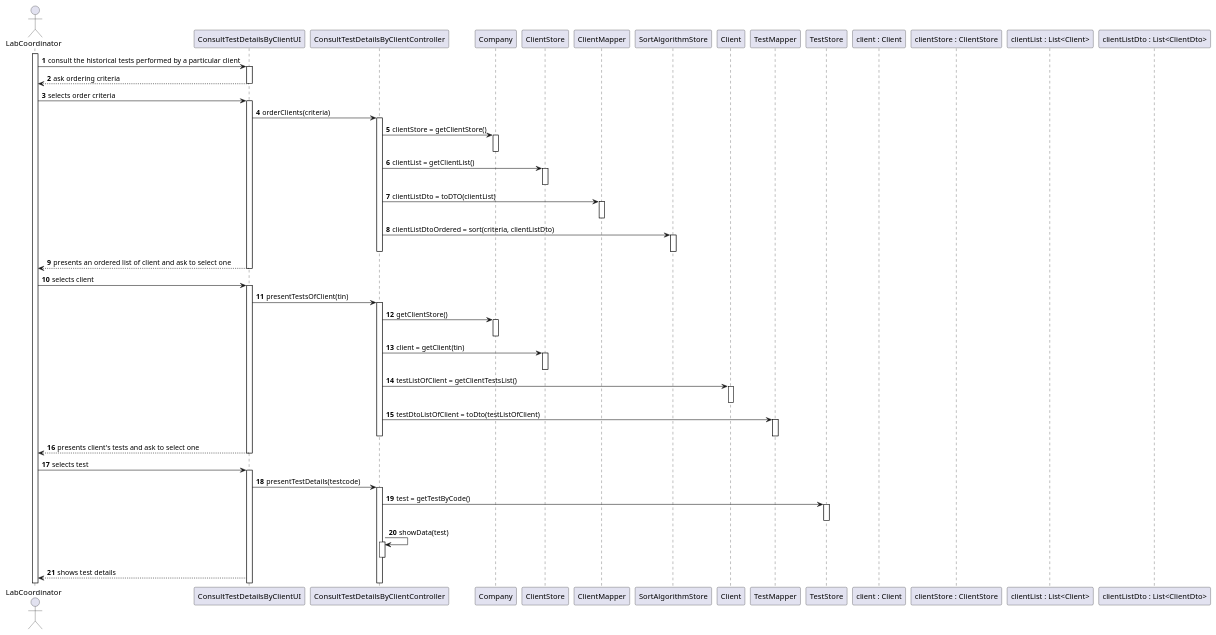
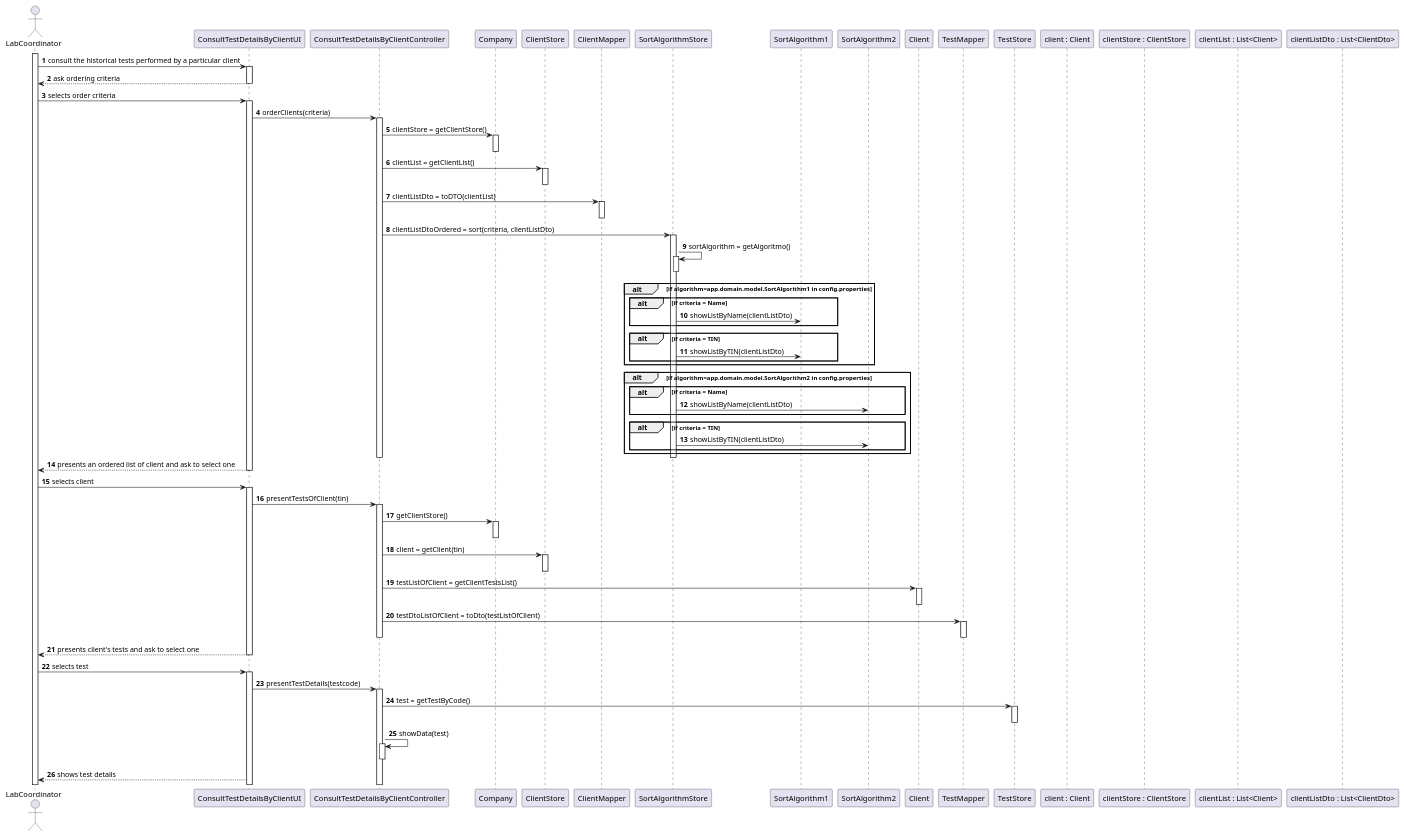
Before and after one commit to 0franciscor/lei-21-s2-1de-g19: the diagram in docs/SprintD/US13/US13_SD.puml, drawn with PlantUML. The commit also changed 1 other file, not shown here.

```diff
--- a/docs/SprintD/US13/US13_SD.puml
+++ b/docs/SprintD/US13/US13_SD.puml
@@ -1,65 +1,85 @@
 @startuml
 'https://plantuml.com/sequence-diagram
 
 autonumber
 actor "LabCoordinator" as LB
 activate LB
 LB -> ConsultTestDetailsByClientUI : consult the historical tests performed by a particular client
 activate ConsultTestDetailsByClientUI
 ConsultTestDetailsByClientUI --> LB : ask ordering criteria
 deactivate ConsultTestDetailsByClientUI
 LB -> ConsultTestDetailsByClientUI : selects order criteria
 activate ConsultTestDetailsByClientUI
 ConsultTestDetailsByClientUI -> ConsultTestDetailsByClientController : orderClients(criteria)
+
 activate ConsultTestDetailsByClientController
 ConsultTestDetailsByClientController -> Company : clientStore = getClientStore()
 activate Company
 deactivate Company
 ConsultTestDetailsByClientController -> ClientStore : clientList = getClientList()
 activate ClientStore
 deactivate ClientStore
 ConsultTestDetailsByClientController -> ClientMapper  : clientListDto = toDTO(clientList)
 activate ClientMapper
 deactivate ClientMapper
-ConsultTestDetailsByClientController -> SortAlgorithmStore : clientListDtoOrdered = sort(criteria, clientListDto)
+ConsultTestDetailsByClientController -> SortAlgorithmStore ++ : clientListDtoOrdered = sort(criteria, clientListDto)
+
+SortAlgorithmStore -> SortAlgorithmStore ++ : sortAlgorithm = getAlgoritmo()
+deactivate SortAlgorithmStore
+alt if algorithm=app.domain.model.SortAlgorithm1 in config.properties
+alt if criteria = Name
+SortAlgorithmStore -> SortAlgorithm1 : showListByName(clientListDto)
+end
+alt if criteria = TIN
+SortAlgorithmStore -> SortAlgorithm1 : showListByTIN(clientListDto)
+end
+end
+alt if algorithm=app.domain.model.SortAlgorithm2 in config.properties
+alt if criteria = Name
+SortAlgorithmStore -> SortAlgorithm2 : showListByName(clientListDto)
+end
+alt if criteria = TIN
+SortAlgorithmStore -> SortAlgorithm2 : showListByTIN(clientListDto)
+end
+end
 activate SortAlgorithmStore
 deactivate SortAlgorithmStore
 deactivate ConsultTestDetailsByClientController
 
 ConsultTestDetailsByClientUI --> LB : presents an ordered list of client and ask to select one
 deactivate ConsultTestDetailsByClientUI
 LB -> ConsultTestDetailsByClientUI : selects client
 activate ConsultTestDetailsByClientUI
 ConsultTestDetailsByClientUI -> ConsultTestDetailsByClientController :  presentTestsOfClient(tin)
 activate ConsultTestDetailsByClientController
 ConsultTestDetailsByClientController -> Company ++ : getClientStore()
 deactivate Company
 ConsultTestDetailsByClientController -> ClientStore ++ : client = getClient(tin)
 deactivate ClientStore
 ConsultTestDetailsByClientController -> Client ++ : testListOfClient = getClientTestsList()
 deactivate Client
 ConsultTestDetailsByClientController -> TestMapper : testDtoListOfClient = toDto(testListOfClient)
 activate TestMapper
 deactivate TestMapper
 deactivate ConsultTestDetailsByClientController
 ConsultTestDetailsByClientUI --> LB : presents client's tests and ask to select one
 deactivate ConsultTestDetailsByClientUI
 LB -> ConsultTestDetailsByClientUI : selects test
 activate ConsultTestDetailsByClientUI
 
 ConsultTestDetailsByClientUI -> ConsultTestDetailsByClientController  : presentTestDetails(testcode)
 activate ConsultTestDetailsByClientController
 ConsultTestDetailsByClientController -> TestStore ++: test = getTestByCode()
 deactivate TestStore
 ConsultTestDetailsByClientController -> ConsultTestDetailsByClientController : showData(test)
 activate ConsultTestDetailsByClientController
 
 deactivate ConsultTestDetailsByClientController
 ConsultTestDetailsByClientUI --> LB : shows test details
 participant "client : Client"
 participant "clientStore : ClientStore"
 participant "clientList : List<Client>"
 participant "clientListDto : List<ClientDto>"
 
 
 @enduml
```
